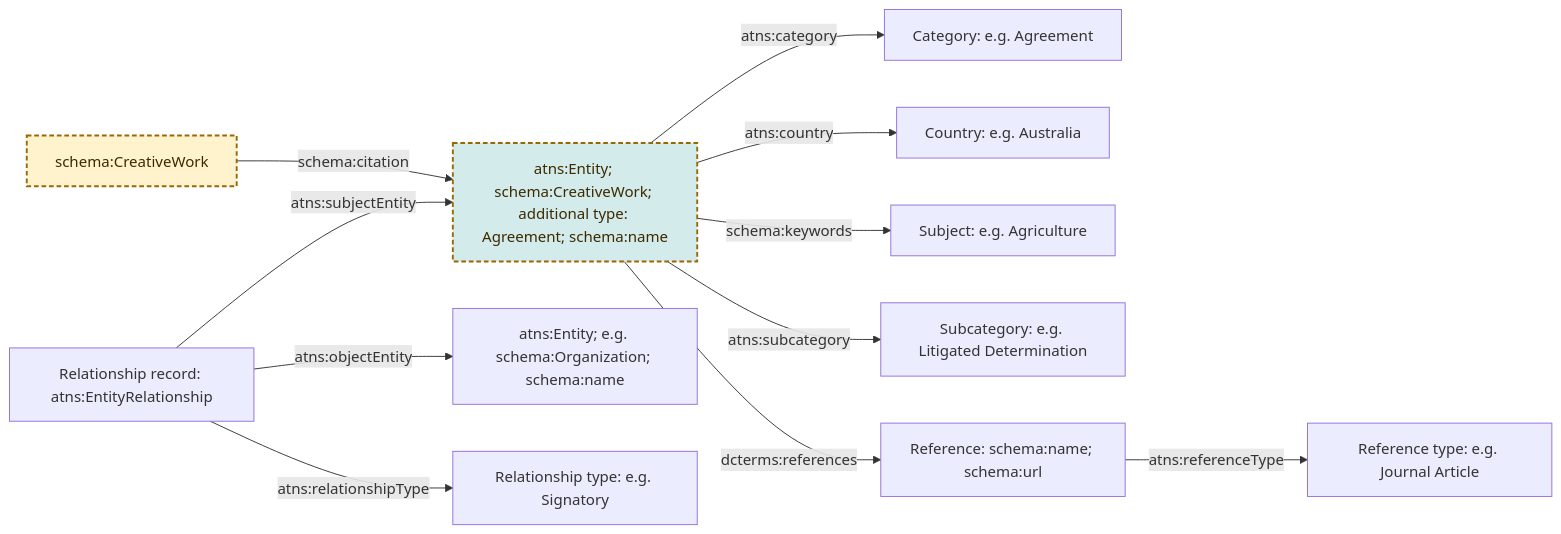
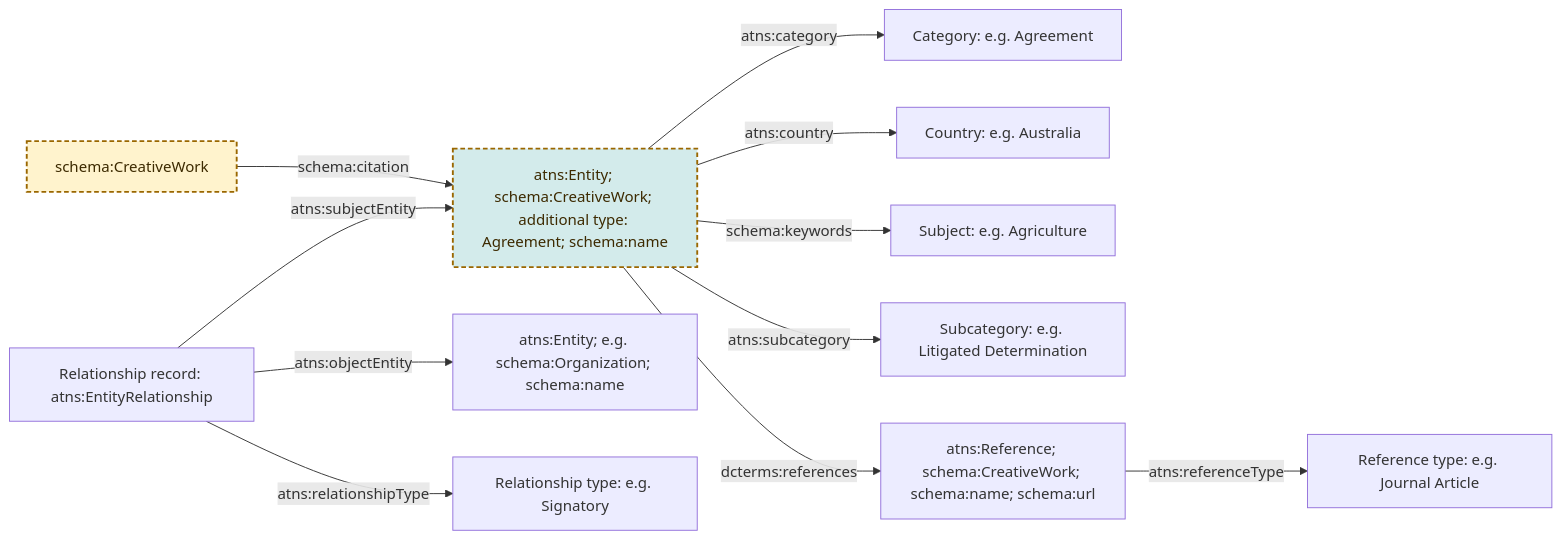
Before and after one commit to idn-au/atns-preservation: the diagram in README.md, drawn with Mermaid. The commit also changed 37 other files, not shown here.

Commit message:
Align ATNS reference and identifier datatypes

````diff
--- a/README.md
+++ b/README.md
@@ -16,37 +16,37 @@
 ```mermaid
 flowchart LR
     work["schema:CreativeWork"]
     agreement["atns:Entity; schema:CreativeWork; additional type: Agreement; schema:name"]
 
     category["Category: e.g. Agreement"]
     country["Country: e.g. Australia"]
     subject["Subject: e.g. Agriculture"]
     subcategory["Subcategory: e.g. Litigated Determination"]
 
-    reference["Reference: schema:name; schema:url"]
+    reference["atns:Reference; schema:CreativeWork; schema:name; schema:url"]
     referenceType["Reference type: e.g. Journal Article"]
 
     relationship["Relationship record: atns:EntityRelationship"]
     relatedEntity["atns:Entity; e.g. schema:Organization; schema:name"]
     relationshipType["Relationship type: e.g. Signatory"]
 
     work -->|schema:citation| agreement
 
     agreement -->|atns:category| category
     agreement -->|atns:country| country
     agreement -->|schema:keywords| subject
     agreement -->|atns:subcategory| subcategory
 
     agreement -->|dcterms:references| reference
     reference -->|atns:referenceType| referenceType
 
     relationship -->|atns:subjectEntity| agreement
     relationship -->|atns:objectEntity| relatedEntity
     relationship -->|atns:relationshipType| relationshipType
 
     classDef external fill:#fff3cd,stroke:#9a6700,color:#3d2a00,stroke-width:2px,stroke-dasharray:5 3
     class work external
 
     classDef external2 fill:#d3ebeb,stroke:#9a6700,color:#3d2a00,stroke-width:2px,stroke-dasharray:5 3
     class agreement external2
 ```
````
